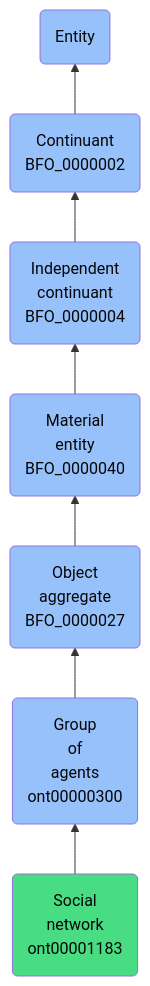
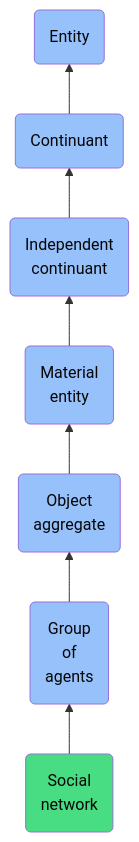
Before and after one commit to jupyter-naas/abi: the diagram in docs/ontology/reference/model/Entity/Continuant/Independent continuant/Material entity/Object aggregate/Group of agents/Social network/Social network.md, drawn with Mermaid. The commit also changed other lines of this file and 1430 other files, not shown here.

````diff
--- a/docs/ontology/reference/model/Entity/Continuant/Independent continuant/Material entity/Object aggregate/Group of agents/Social network/Social network.md
+++ b/docs/ontology/reference/model/Entity/Continuant/Independent continuant/Material entity/Object aggregate/Group of agents/Social network/Social network.md
@@ -24,14 +24,14 @@
 ```mermaid
 graph BT
-    ont00001183(Social<br>network<br>ont00001183):::ABI-->ont00000300
-    ont00000300(Group<br>of<br>agents<br>ont00000300):::BFO-->BFO_0000027
-    BFO_0000027(Object<br>aggregate<br>BFO_0000027):::BFO-->BFO_0000040
-    BFO_0000040(Material<br>entity<br>BFO_0000040):::BFO-->BFO_0000004
-    BFO_0000004(Independent<br>continuant<br>BFO_0000004):::BFO-->BFO_0000002
-    BFO_0000002(Continuant<br>BFO_0000002):::BFO-->BFO_0000001
+    ont00001183(Social<br>network):::ABI-->ont00000300
+    ont00000300(Group<br>of<br>agents):::BFO-->BFO_0000027
+    BFO_0000027(Object<br>aggregate):::BFO-->BFO_0000040
+    BFO_0000040(Material<br>entity):::BFO-->BFO_0000004
+    BFO_0000004(Independent<br>continuant):::BFO-->BFO_0000002
+    BFO_0000002(Continuant):::BFO-->BFO_0000001
     BFO_0000001(Entity):::BFO
     
     classDef BFO fill:#97c1fb,color:#060606
     classDef CCO fill:#e4c51e,color:#060606
     classDef ABI fill:#48DD82,color:#060606
 ```
````
